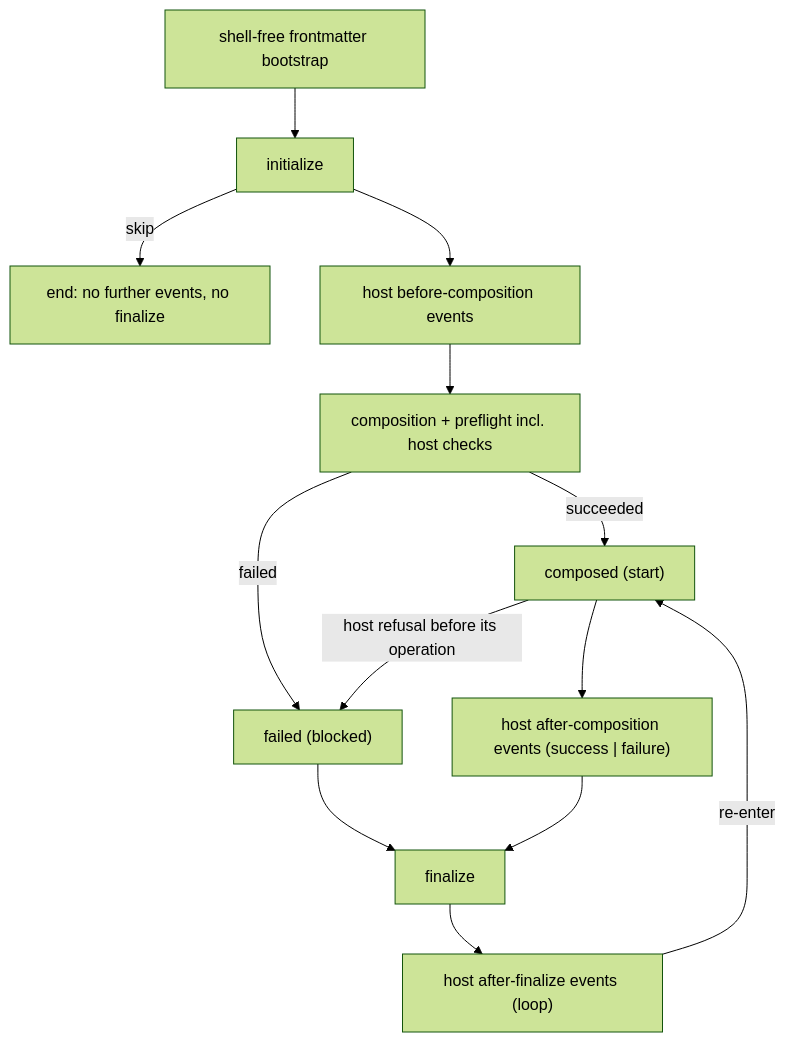
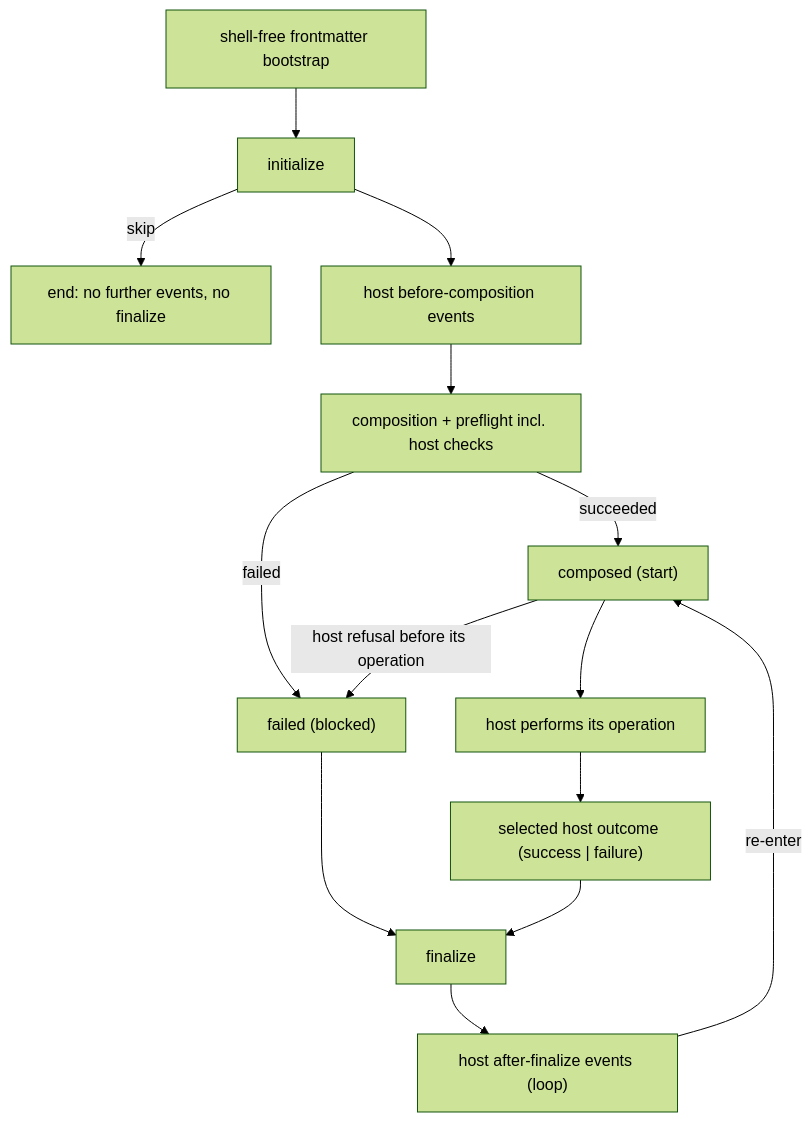
The diagram in claudine/features/2026-10-27-darkmatter-lifecycle-ownership/spec.md (yankeeinlondon/rusty-biscuit), drawn with Mermaid (forest theme) before and after one commit. The commit also changed other lines of this file and 16 other files, not shown here.

````diff
--- a/claudine/features/2026-10-27-darkmatter-lifecycle-ownership/spec.md
+++ b/claudine/features/2026-10-27-darkmatter-lifecycle-ownership/spec.md
@@ -191,15 +213,16 @@
 ```mermaid
 flowchart TD
     B[shell-free frontmatter bootstrap] --> I[initialize]
     I -->|skip| X[end: no further events, no finalize]
     I --> BC[host before-composition events]
     BC --> P[composition + preflight incl. host checks]
     P -->|succeeded| C["composed (start)"]
     P -->|failed| F["failed (blocked)"]
-    C --> AC["host after-composition events (success | failure)"]
+    C --> OP[host performs its operation]
+    OP --> AC["selected host outcome (success | failure)"]
     C -->|host refusal before its operation| F
     F --> Z[finalize]
     AC --> Z
     Z --> AF["host after-finalize events (loop)"]
     AF -->|re-enter| C
 ```
````
